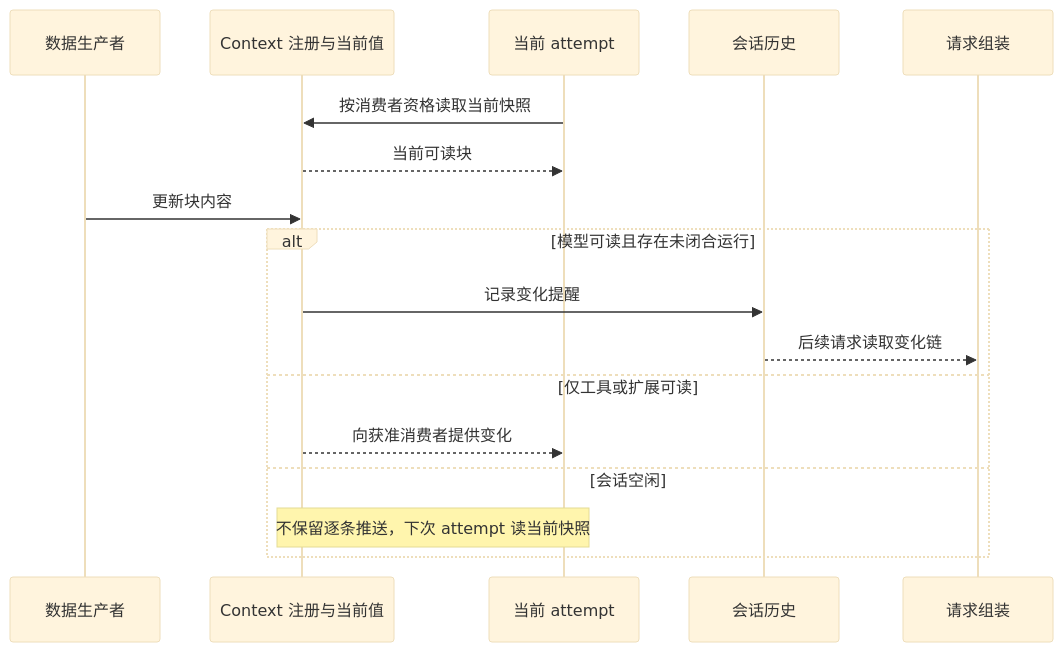
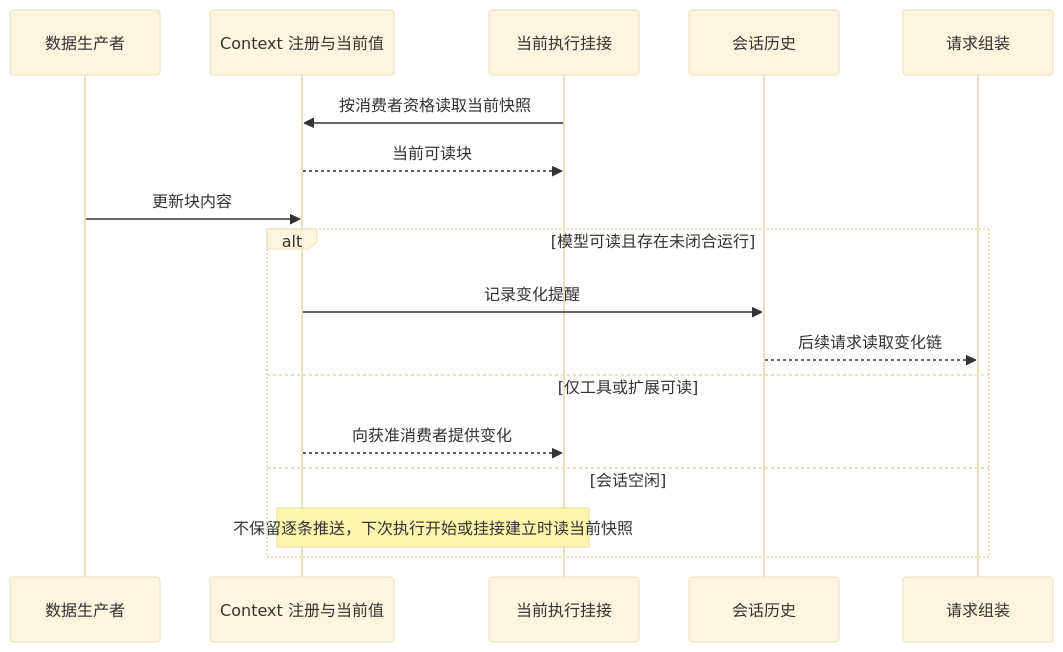
Before and after one commit to nemori-ai/omne-harness-lite: the first of 2 diagrams in docs/architecture/runtime/runtime-context.md, drawn with Mermaid (base theme). The commit also changed other lines of this file and 84 other files, not shown here.

````diff
--- a/docs/architecture/runtime/runtime-context.md
+++ b/docs/architecture/runtime/runtime-context.md
@@ -38,19 +38,19 @@
 ```mermaid
 sequenceDiagram
     participant P as 数据生产者
     participant C as Context 注册与当前值
-    participant A as 当前 attempt
+    participant A as 当前执行挂接
     participant H as 会话历史
     participant M as 请求组装
     A->>C: 按消费者资格读取当前快照
     C-->>A: 当前可读块
     P->>C: 更新块内容
     alt 模型可读且存在未闭合运行
         C->>H: 记录变化提醒
         H-->>M: 后续请求读取变化链
     else 仅工具或扩展可读
         C-->>A: 向获准消费者提供变化
     else 会话空闲
-        Note over C,A: 不保留逐条推送，下次 attempt 读当前快照
+        Note over C,A: 不保留逐条推送，下次执行开始或挂接建立时读当前快照
     end
 ```
````
